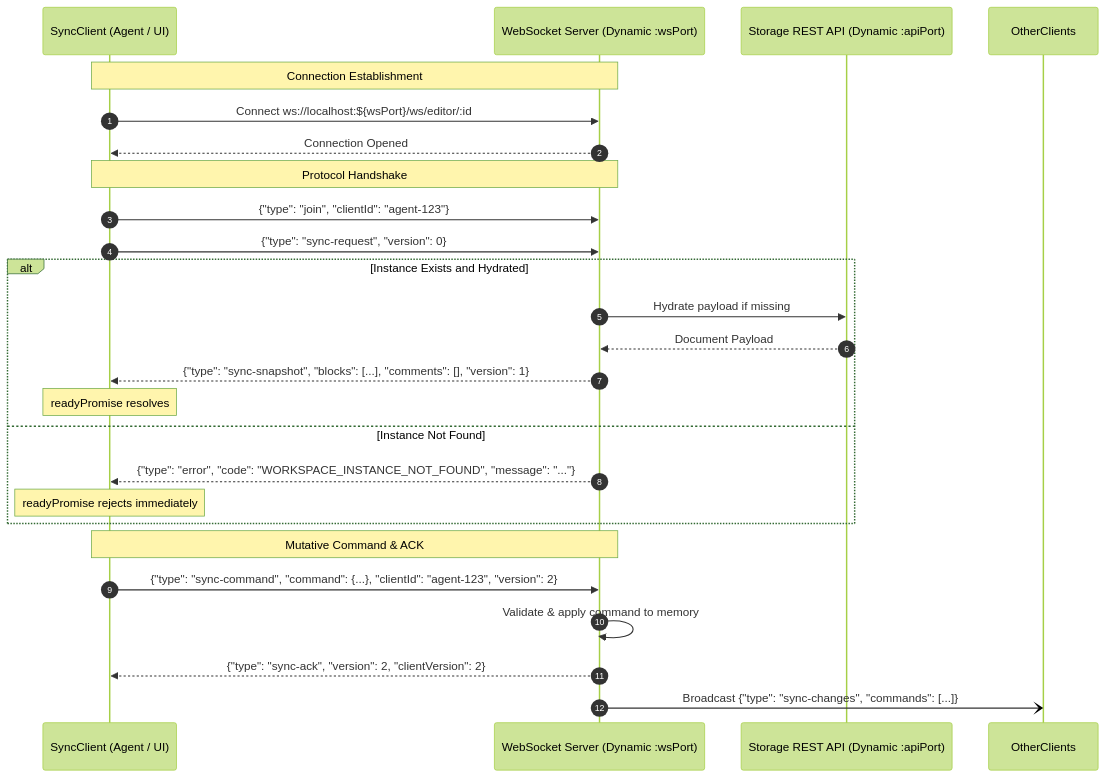
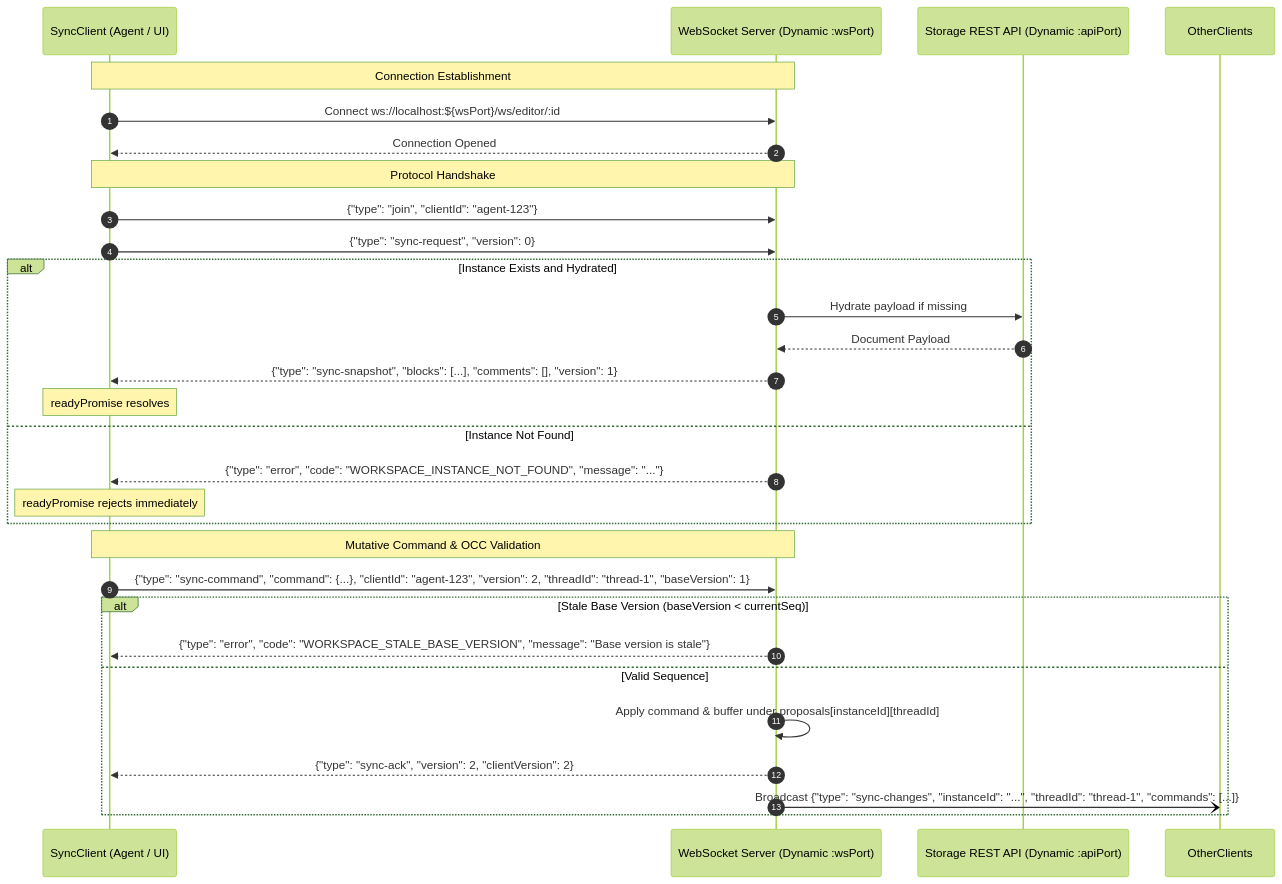
One commit to Goldwaterfung/Collaragent changed the second of 3 diagrams in docs/design-catalog/api-requirements.md. Above: the diagram before and after it, drawn with Mermaid (forest theme). The commit also changed other lines of this file and 31 other files, not shown here.

````diff
--- a/docs/design-catalog/api-requirements.md
+++ b/docs/design-catalog/api-requirements.md
@@ -289,31 +289,35 @@
 ```mermaid
 sequenceDiagram
     autonumber
     participant Client as SyncClient (Agent / UI)
     participant WSServer as WebSocket Server (Dynamic :wsPort)
     participant Storage as Storage REST API (Dynamic :apiPort)
 
     Note over Client,WSServer: Connection Establishment
     Client->>WSServer: Connect ws://localhost:${wsPort}/ws/editor/:id
     WSServer-->>Client: Connection Opened
 
     Note over Client,WSServer: Protocol Handshake
     Client->>WSServer: {"type": "join", "clientId": "agent-123"}
     Client->>WSServer: {"type": "sync-request", "version": 0}
 
     alt Instance Exists and Hydrated
         WSServer->>Storage: Hydrate payload if missing
         Storage-->>WSServer: Document Payload
         WSServer-->>Client: {"type": "sync-snapshot", "blocks": [...], "comments": [], "version": 1}
         Note over Client: readyPromise resolves
     else Instance Not Found
         WSServer-->>Client: {"type": "error", "code": "WORKSPACE_INSTANCE_NOT_FOUND", "message": "..."}
         Note over Client: readyPromise rejects immediately
     end
 
-    Note over Client,WSServer: Mutative Command & ACK
-    Client->>WSServer: {"type": "sync-command", "command": {...}, "clientId": "agent-123", "version": 2}
-    WSServer->>WSServer: Validate & apply command to memory
-    WSServer-->>Client: {"type": "sync-ack", "version": 2, "clientVersion": 2}
-    WSServer-)OtherClients: Broadcast {"type": "sync-changes", "commands": [...]}
+    Note over Client,WSServer: Mutative Command & OCC Validation
+    Client->>WSServer: {"type": "sync-command", "command": {...}, "clientId": "agent-123", "version": 2, "threadId": "thread-1", "baseVersion": 1}
+    alt Stale Base Version (baseVersion < currentSeq)
+        WSServer-->>Client: {"type": "error", "code": "WORKSPACE_STALE_BASE_VERSION", "message": "Base version is stale"}
+    else Valid Sequence
+        WSServer->>WSServer: Apply command & buffer under proposals[instanceId][threadId]
+        WSServer-->>Client: {"type": "sync-ack", "version": 2, "clientVersion": 2}
+        WSServer-)OtherClients: Broadcast {"type": "sync-changes", "instanceId": "...", "threadId": "thread-1", "commands": [...]}
+    end
 ```
````
